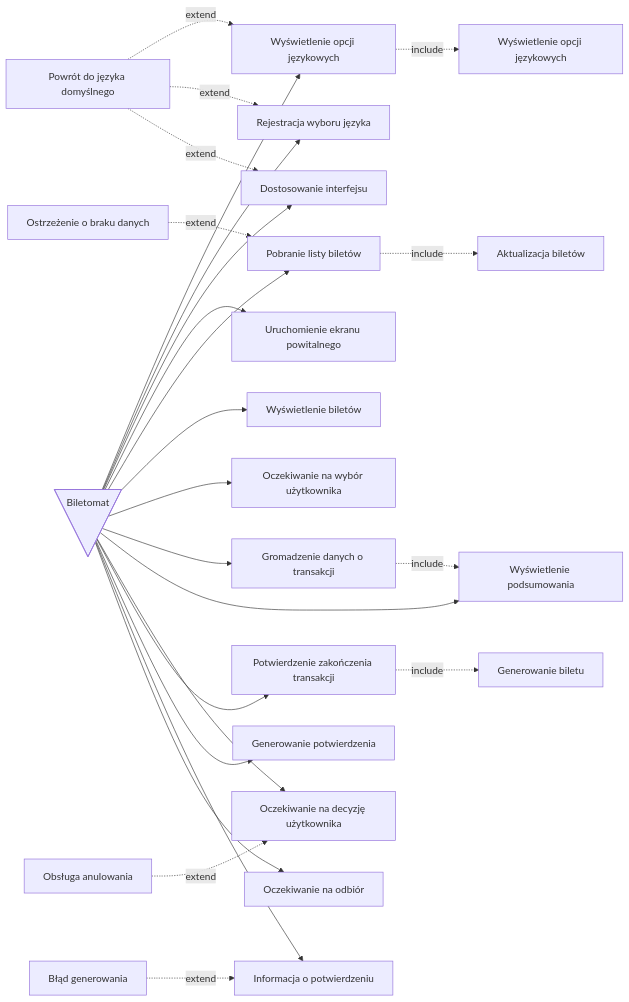
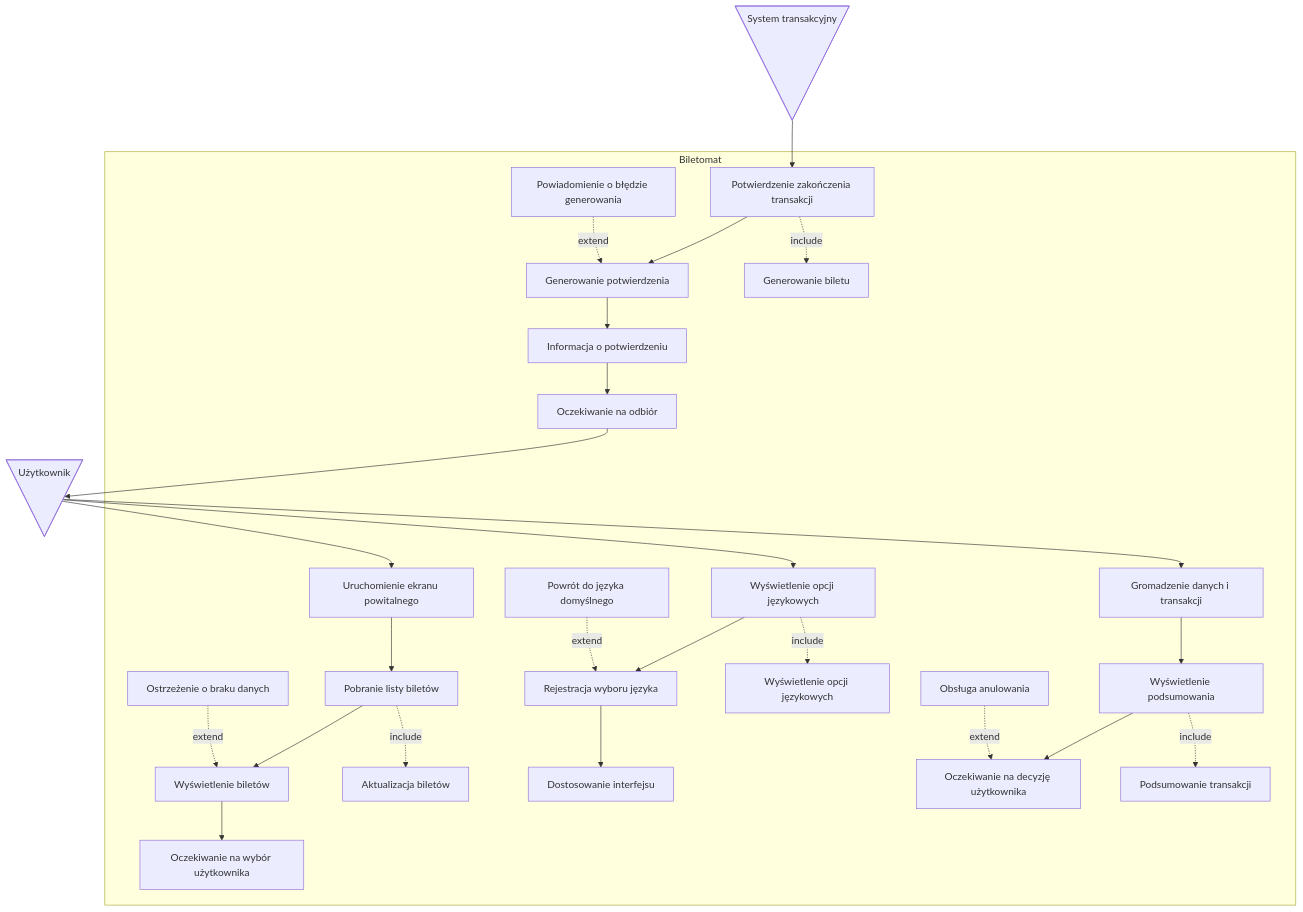
The fifth of 5 diagrams in userstories/biletomat.md (MarcinMarszewski/dowolna_nazwa), drawn with Mermaid before and after one commit. The commit also changed other lines of this file, not shown here.

````diff
--- a/userstories/biletomat.md
+++ b/userstories/biletomat.md
@@ -136,58 +136,95 @@
 ```mermaid
-flowchart LR
-  A@{ shape: manual-file, label: "Biletomat" }
-  id1[Wyświetlenie opcji językowych]
-  id2[Rejestracja wyboru języka]
-  id3[Dostosowanie interfejsu]
-  id4[Wyświetlenie opcji językowych]
-  id5[Powrót do języka domyślnego]
+graph TD
+  D@{ shape: manual-file, label: "Użytkownik" }
+  u1[Uruchomienie ekranu powitalnego]
+  u2[Pobranie listy biletów]
+  u3[Wyświetlenie biletów]
+  u4[Oczekiwanie na wybór użytkownika]
+  u5[Aktualizacja biletów]
+  u6[Ostrzeżenie o braku danych]
 
-  id11[Uruchomienie ekranu powitalnego]
-  id22[Pobranie listy biletów]
-  id33[Wyświetlenie biletów]
-  id44[Oczekiwanie na wybór użytkownika]
-  id55[Aktualizacja biletów]
-  id66[Ostrzeżenie o braku danych]
+  D --> u1
+  u1 --> u2
+  u2 --> u3
+  u3 --> u4
 
-  uc1[Gromadzenie danych o transakcji]
-  uc2[Wyświetlenie podsumowania]
-  uc3[Oczekiwanie na decyzję użytkownika]
-  uc4[Obsługa anulowania]
+  u2-. include .-> u5
+  u6-. extend .-> u3
 
-  u1[Potwierdzenie zakończenia transakcji]
-  u2[Generowanie potwierdzenia]
-  u3[Informacja o potwierdzeniu]
-  u4[Oczekiwanie na odbiór]
-  u5[Generowanie biletu]
-  u6[Błąd generowania]
+  x1[Wyświetlenie opcji językowych]
+  x2[Rejestracja wyboru języka]
+  x3[Dostosowanie interfejsu]
+  x4[Wyświetlenie opcji językowych]
+  x5[Powrót do języka domyślnego]
 
-  A --> id1
-  A --> id2
-  A --> id3
-  id5-. extend .-> id1
-  id5-. extend .-> id2
-  id5-. extend .-> id3
-  id1-. include .-> id4
+  D --> x1
+  x1 --> x2
+  x2 --> x3
 
-  A --> id11
-  A --> id22
-  A --> id33
-  A --> id44
-  id22-. include .-> id55
-  id66-. extend .-> id22
+  x1-. include .-> x4
+  x5-. extend .-> x2
 
-  A --> uc1
-  A --> uc2
-  A --> uc3
+  y1[Gromadzenie danych i transakcji]
+  y2[Wyświetlenie podsumowania]
+  y3[Oczekiwanie na decyzję użytkownika]
+  y4[Podsumowanie transakcji]
+  y5[Obsługa anulowania]
 
-  uc1-. include .-> uc2
-  uc4-. extend .-> uc3
+  D --> y1
+  y1 --> y2
+  y2 --> y3
 
-  A --> u1
-  A --> u2
-  A --> u3
-  A --> u4
+  y2-. include .-> y4
+  y5-. extend .-> y3
 
-  u1-. include .-> u5
-  u6-. extend .-> u3
+  DD@{ shape: manual-file, label: "System transakcyjny" }
+  z1[Potwierdzenie zakończenia transakcji]
+  z2[Generowanie potwierdzenia]
+  z3[Informacja o potwierdzeniu]
+  z4[Oczekiwanie na odbiór]
+  z5[Generowanie biletu]
+  z6[Powiadomienie o błędzie generowania]
+
+  DD --> z1
+  z1 --> z2
+  z2 --> z3
+  z3 --> z4
+  z4 --> D
+
+  z1-. include .-> z5
+  z6-. extend .-> z2
+
+
+subgraph Biletomat
+  u1
+  u2
+  u3
+  u4
+  u5
+  u6
+
+  x1
+  x2
+  x3
+  x4
+  x5
+
+  y1
+  y2
+  y3
+  y4
+  y5
+
+  z1
+  z2
+  z3
+  z4
+  z5
+  z6
+end
+
+
+
+  
+
 ```
````
